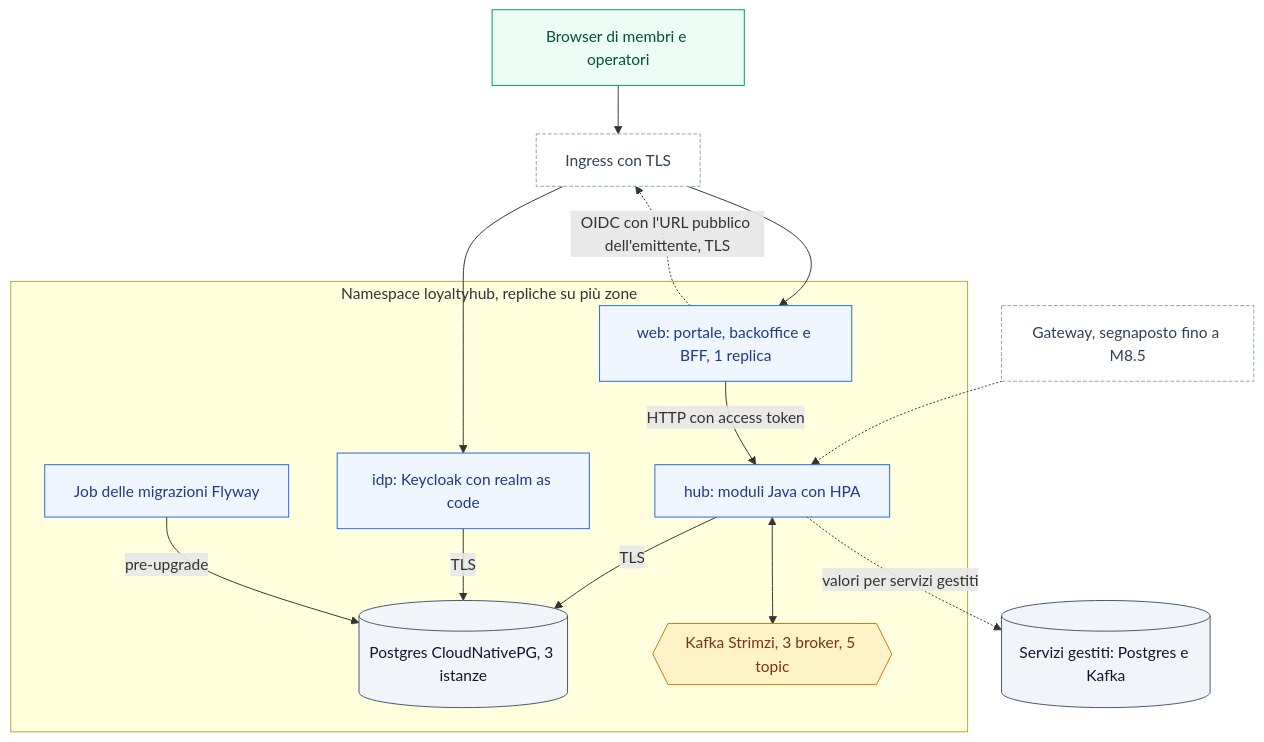
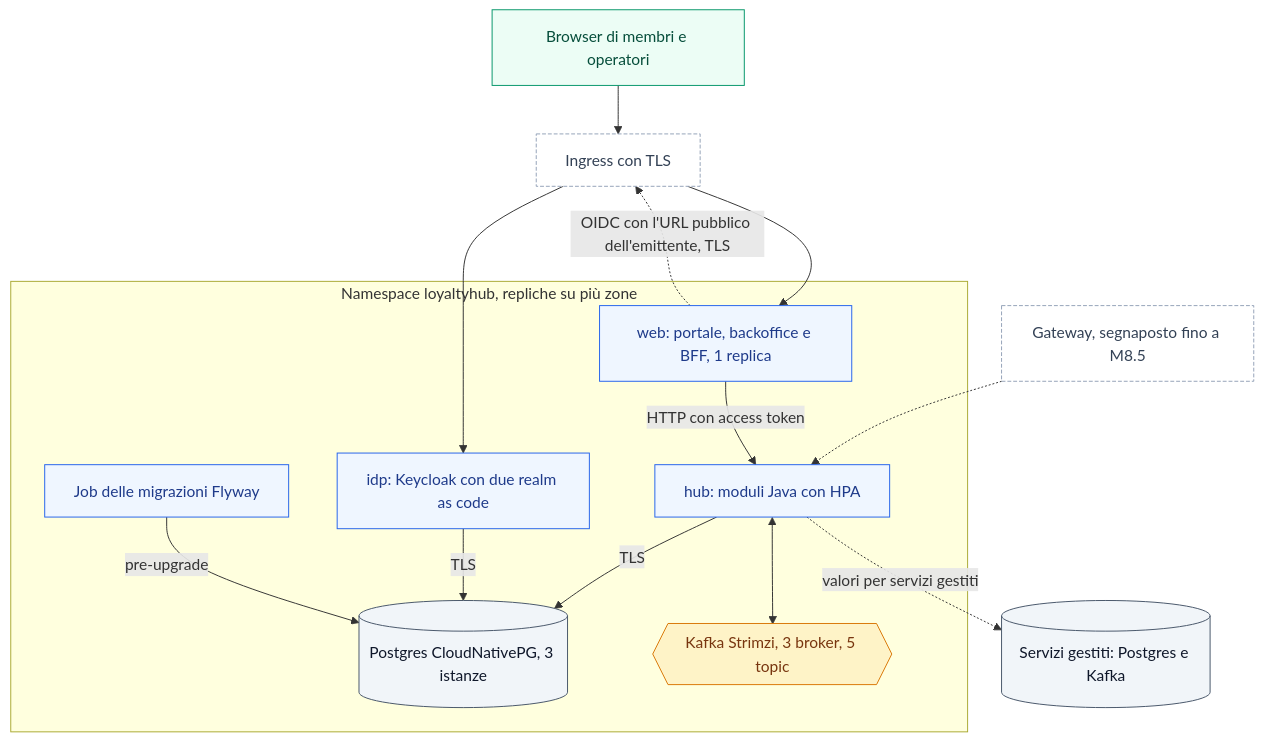
The first of 5 diagrams in operations/installazione-enterprise.mdx (peppe-ruv/Loyalty_Sys), drawn with Mermaid before and after one commit. The commit also changed other lines of this file and 30 other files, not shown here.

````diff
--- a/operations/installazione-enterprise.mdx
+++ b/operations/installazione-enterprise.mdx
@@ -13,38 +13,38 @@
 ```mermaid
 flowchart TB
   accTitle: Topologia del chart Helm in un cluster multi-zona
-  accDescr: L'Ingress porta il browser al ruolo web e al login del ruolo idp; il web, con una sola replica nel profilo enterprise, fa login su idp con l'URL pubblico dell'emittente passando dall'Ingress e chiama hub dentro il cluster con l'access token; hub usa Postgres di CloudNativePG e i 5 topic di Kafka gestiti da Strimzi; il Job di migrazione aggiorna gli schemi prima dei nuovi Pod; con i valori per servizi gestiti Postgres e Kafka stanno fuori dal cluster.
+  accDescr: L'Ingress porta il browser al ruolo web e al login del ruolo idp, che ha un realm per gli operatori e uno per i membri; il web, con una sola replica nel profilo enterprise, fa login su idp con l'URL pubblico dell'emittente passando dall'Ingress e chiama hub dentro il cluster con l'access token; hub usa Postgres di CloudNativePG e i 5 topic di Kafka gestiti da Strimzi; il Job di migrazione aggiorna gli schemi prima dei nuovi Pod; con i valori per servizi gestiti Postgres e Kafka stanno fuori dal cluster.
   USR[Browser di membri e operatori]
   ING[Ingress con TLS]
   GW[Gateway, segnaposto fino a M8.5]
   subgraph K8S["Namespace loyaltyhub, repliche su più zone"]
     WEB[web: portale, backoffice e BFF, 1 replica]
     HUB[hub: moduli Java con HPA]
-    IDP[idp: Keycloak con realm as code]
+    IDP[idp: Keycloak con due realm as code]
     MIG[Job delle migrazioni Flyway]
     PG[(Postgres CloudNativePG, 3 istanze)]
     KF{{Kafka Strimzi, 3 broker, 5 topic}}
   end
   EXT[(Servizi gestiti: Postgres e Kafka)]
   USR --> ING
   ING --> WEB
   ING --> IDP
   GW -.-> HUB
   WEB -.->|OIDC con l'URL pubblico dell'emittente, TLS| ING
   WEB -->|HTTP con access token| HUB
   HUB -->|TLS| PG
   HUB <--> KF
   IDP -->|TLS| PG
   MIG -->|pre-upgrade| PG
   HUB -.->|valori per servizi gestiti| EXT
   classDef svc fill:#EFF6FF,stroke:#2563EB,color:#1E3A8A
   classDef store fill:#F1F5F9,stroke:#475569,color:#0F172A
   classDef topic fill:#FEF3C7,stroke:#D97706,color:#78350F
   classDef ext fill:#FFFFFF,stroke:#94A3B8,stroke-dasharray:4 2,color:#334155
   classDef human fill:#ECFDF5,stroke:#059669,color:#064E3B
   class WEB,HUB,IDP,MIG svc
   class PG,EXT store
   class KF topic
   class ING,GW ext
   class USR human
 ```
````
